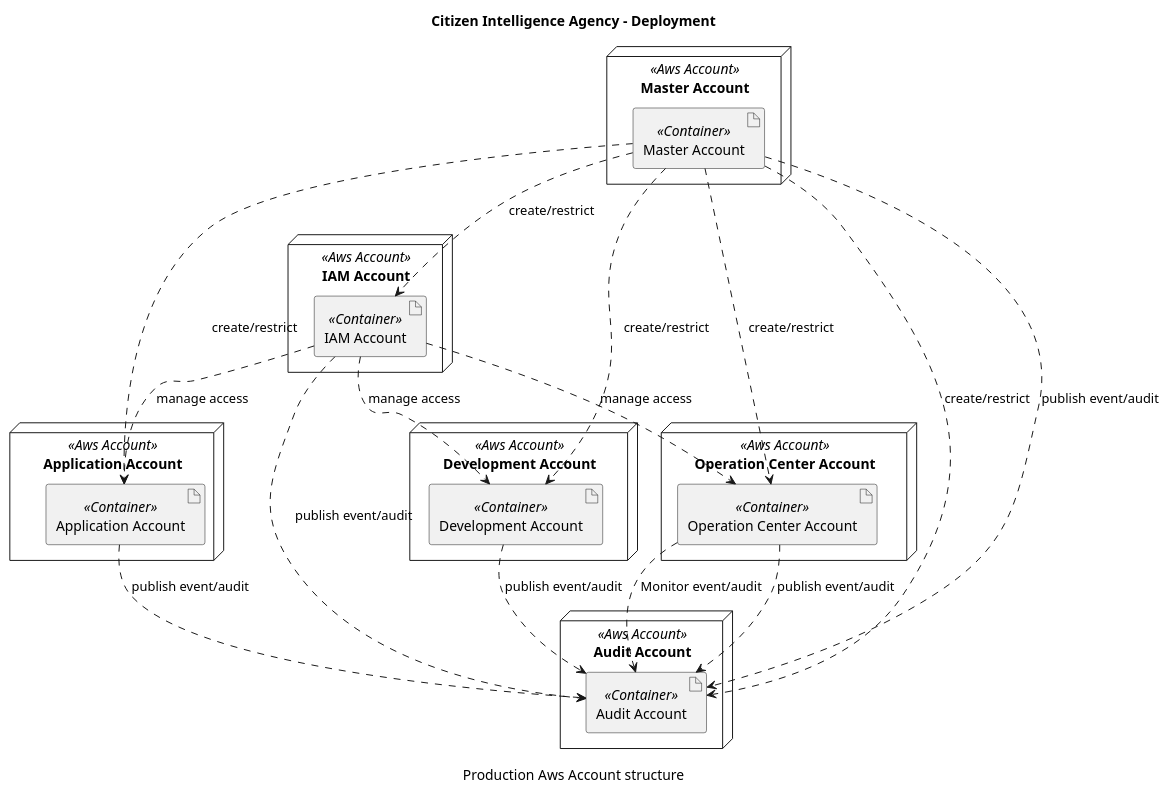
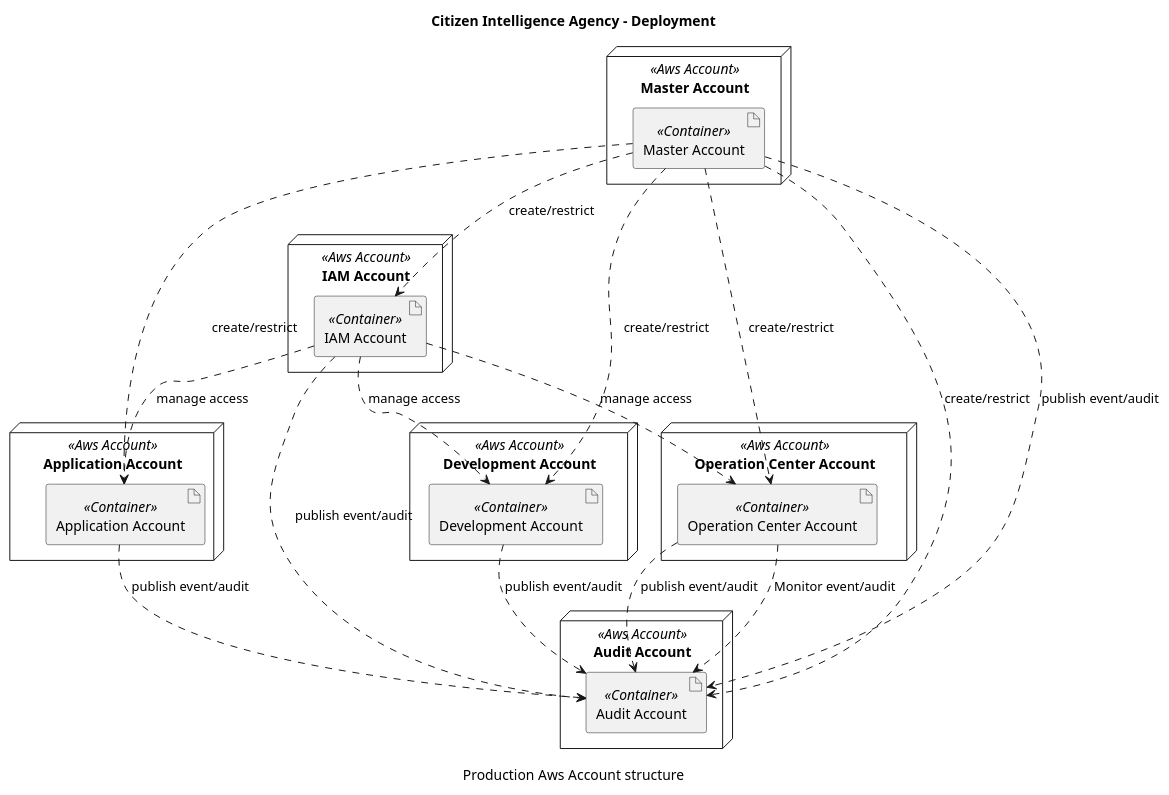
Before and after one commit to sjvs/cia: the diagram in architecture/Citizen-Intelligence-Agency-Prod-Aws-Account-Structure.pu, drawn with PlantUML. The commit also changed other lines of this file and 917 other files, not shown here.

```diff
--- a/architecture/Citizen-Intelligence-Agency-Prod-Aws-Account-Structure.pu
+++ b/architecture/Citizen-Intelligence-Agency-Prod-Aws-Account-Structure.pu
@@ -1,36 +1,36 @@
 @startuml
 title Citizen Intelligence Agency - Deployment
 caption Production Aws Account structure
 node "Application Account" <<Aws Account>> as 12 {
   artifact "Application Account" <<Container>> as 34
 }
 node "Audit Account" <<Aws Account>> as 10 {
   artifact "Audit Account" <<Container>> as 30
 }
 node "Development Account" <<Aws Account>> as 6 {
   artifact "Development Account" <<Container>> as 29
 }
 node "IAM Account" <<Aws Account>> as 4 {
   artifact "IAM Account" <<Container>> as 36
 }
 node "Master Account" <<Aws Account>> as 2 {
   artifact "Master Account" <<Container>> as 41
 }
 node "Operation Center Account" <<Aws Account>> as 8 {
   artifact "Operation Center Account" <<Container>> as 28
 }
+36 ..> 29 : manage access
+41 ..> 28 : create/restrict
+41 ..> 36 : create/restrict
+28 ..> 30 : Monitor event/audit
+28 ..> 30 : publish event/audit
 36 ..> 28 : manage access
+34 ..> 30 : publish event/audit
+29 ..> 30 : publish event/audit
 41 ..> 34 : create/restrict
 41 ..> 30 : create/restrict
-28 ..> 30 : publish event/audit
-29 ..> 30 : publish event/audit
-36 ..> 34 : manage access
-34 ..> 30 : publish event/audit
-28 ..> 30 : Monitor event/audit
 41 ..> 30 : publish event/audit
 41 ..> 29 : create/restrict
-41 ..> 28 : create/restrict
-41 ..> 36 : create/restrict
+36 ..> 34 : manage access
 36 ..> 30 : publish event/audit
-36 ..> 29 : manage access
 @enduml
```
